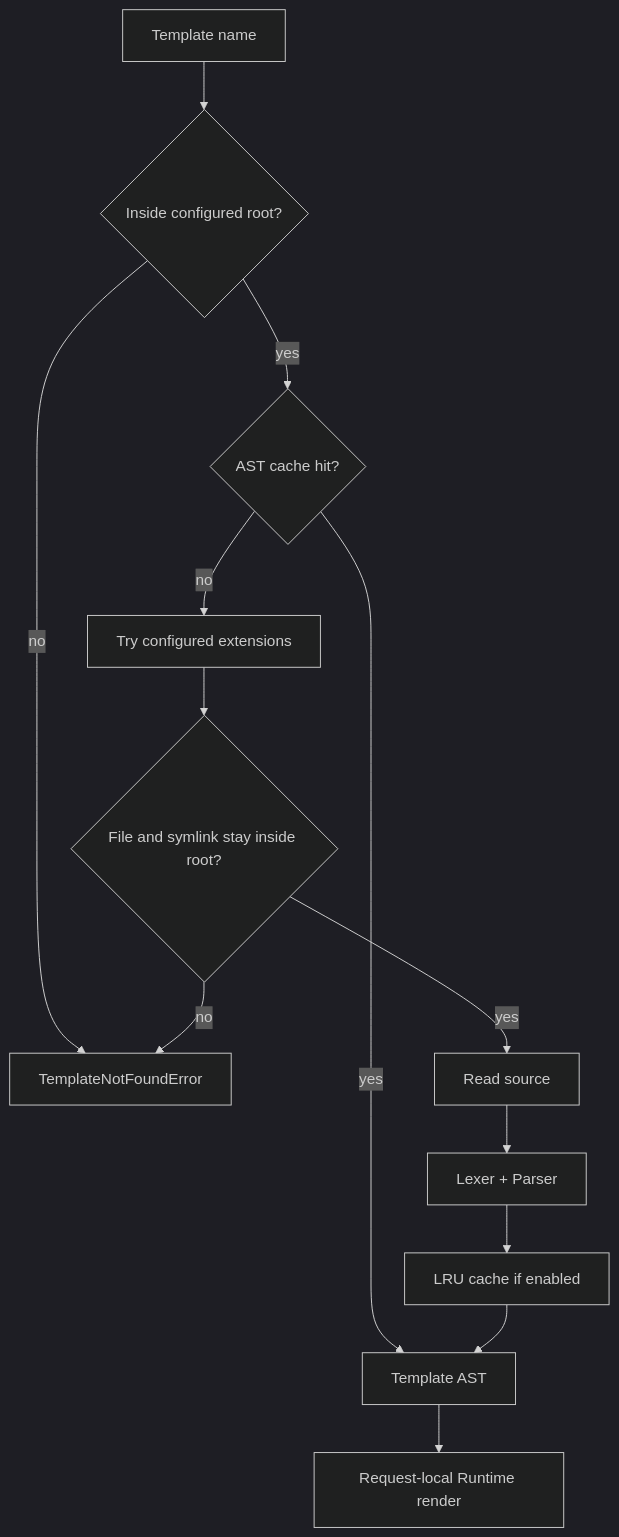
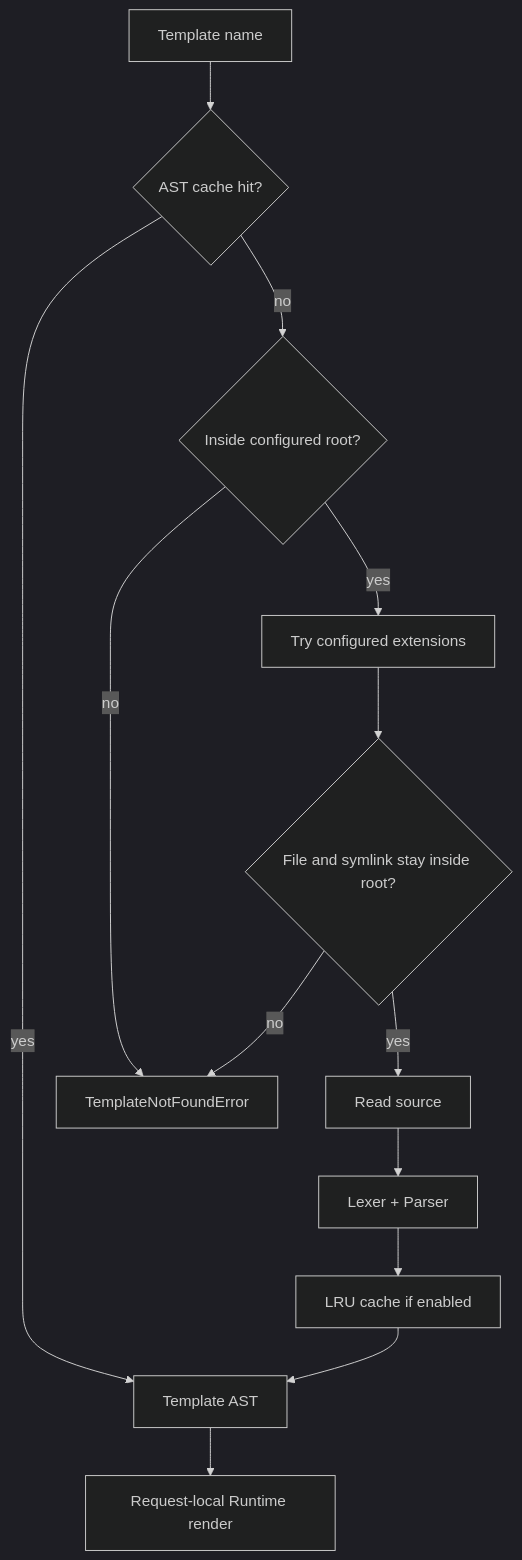
Before and after one commit to egeominotti/binja: the second of 12 diagrams in FLOWCHARTS.md, drawn with Mermaid (dark theme). The commit also changed other lines of this file and 16 other files, not shown here.

````diff
--- a/FLOWCHARTS.md
+++ b/FLOWCHARTS.md
@@ -27,15 +27,15 @@
 ```mermaid
 flowchart TD
-  Name[Template name] --> Contain{Inside configured root?}
+  Name[Template name] --> Cache{AST cache hit?}
+  Cache -- yes --> AST
+  Cache -- no --> Contain{Inside configured root?}
   Contain -- no --> NotFound[TemplateNotFoundError]
-  Contain -- yes --> Cache{AST cache hit?}
-  Cache -- yes --> AST
-  Cache -- no --> Extensions[Try configured extensions]
+  Contain -- yes --> Extensions[Try configured extensions]
   Extensions --> Realpath{File and symlink stay inside root?}
   Realpath -- no --> NotFound
   Realpath -- yes --> Read[Read source]
   Read --> Parse[Lexer + Parser]
   Parse --> Store[LRU cache if enabled]
   Store --> AST[Template AST]
   AST --> Render[Request-local Runtime render]
 ```
````
